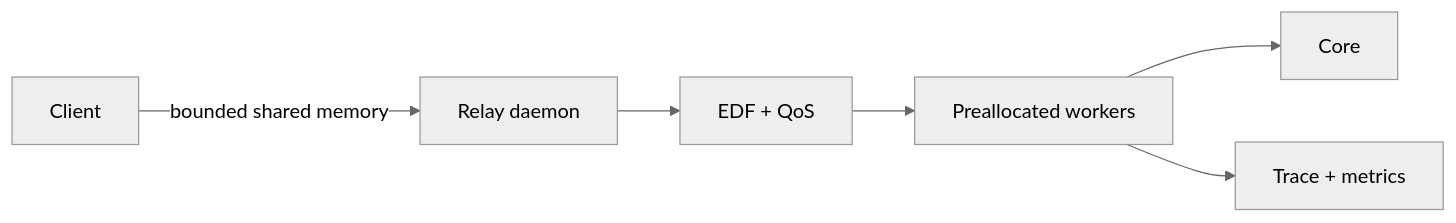
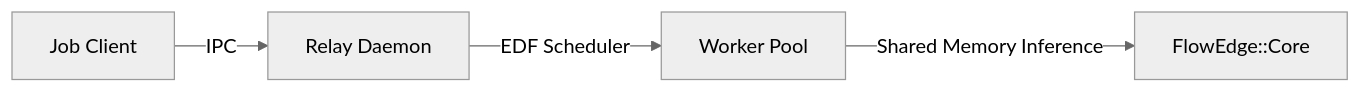
One commit to elprofesoriqo/FlowEdge changed the second of 3 diagrams in README.md. Above: the diagram before and after it, drawn with Mermaid (neutral theme). The commit also changed other lines of this file, not shown here.

````diff
--- a/README.md
+++ b/README.md
@@ -62,8 +139,6 @@
 ```mermaid
 flowchart LR
-  Client -->|bounded shared memory| Daemon[Relay daemon]
-  Daemon --> EDF[EDF + QoS]
-  EDF --> Workers[Preallocated workers]
-  Workers --> Core
-  Workers --> Telemetry[Trace + metrics]
+    Job[Job Client] -->|IPC| Daemon[Relay Daemon]
+    Daemon -->|EDF Scheduler| Worker[Worker Pool]
+    Worker -->|Shared Memory Inference| Core[FlowEdge::Core]
 ```
````
